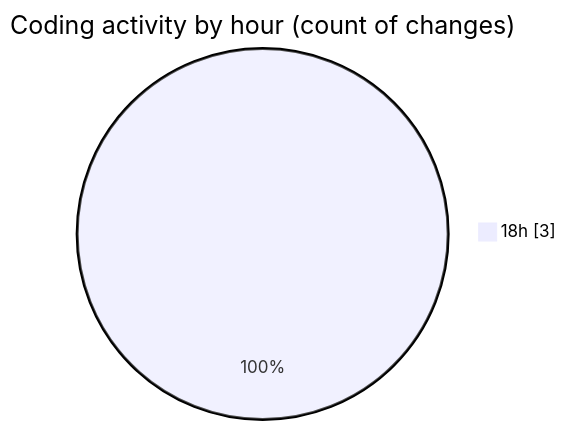
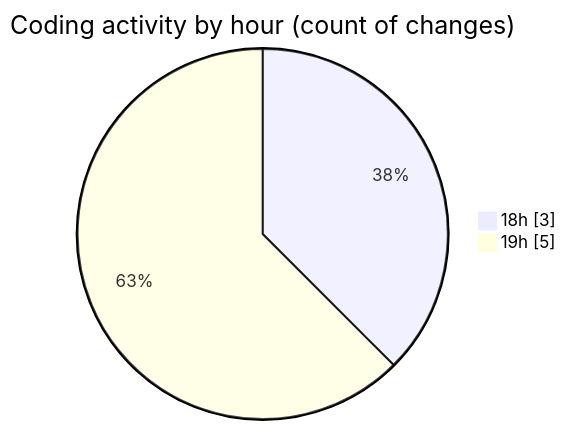
Before and after one commit to FelipKnott/code-tracking: the second of 2 diagrams in 2025-07-14/habilita/README.md, drawn with Mermaid. The commit also changed other lines of this file and 1 other file, not shown here.

````diff
--- a/2025-07-14/habilita/README.md
+++ b/2025-07-14/habilita/README.md
@@ -28,5 +29,6 @@
 ```mermaid
 pie showData
 title Coding activity by hour (count of changes)
 "18h" : 3
+"19h" : 5
 ```
````
